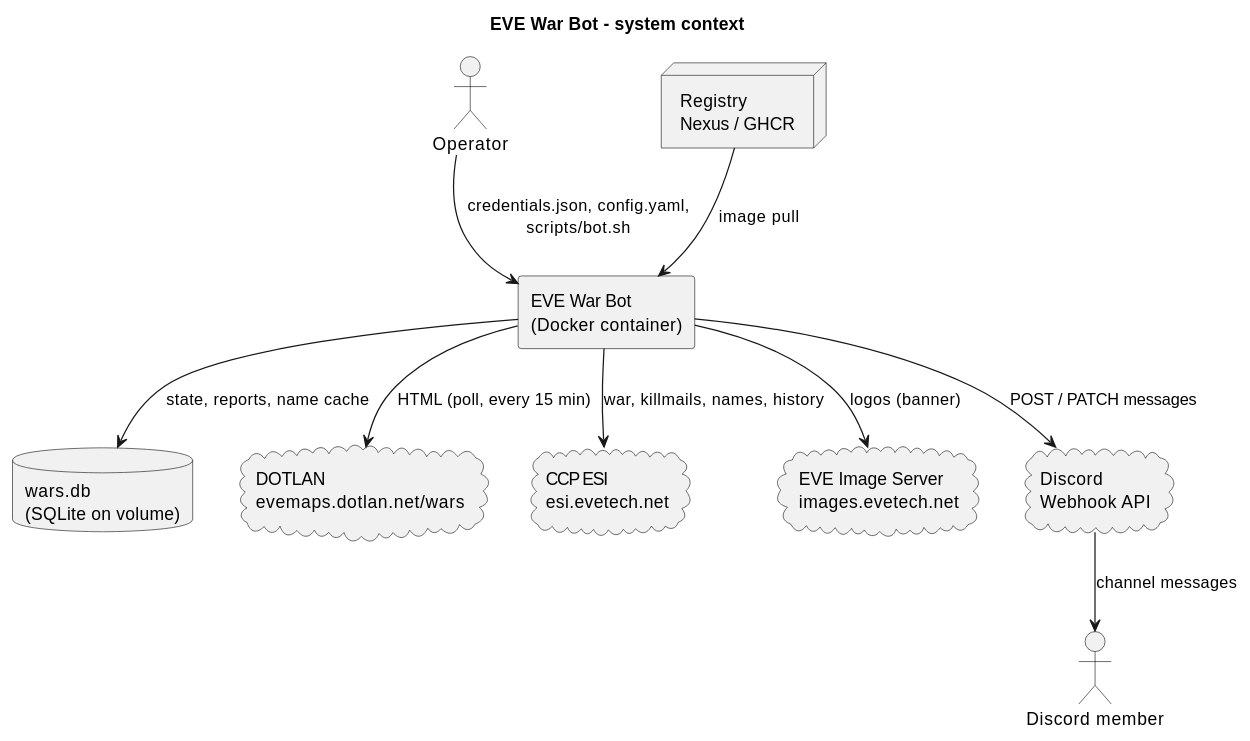
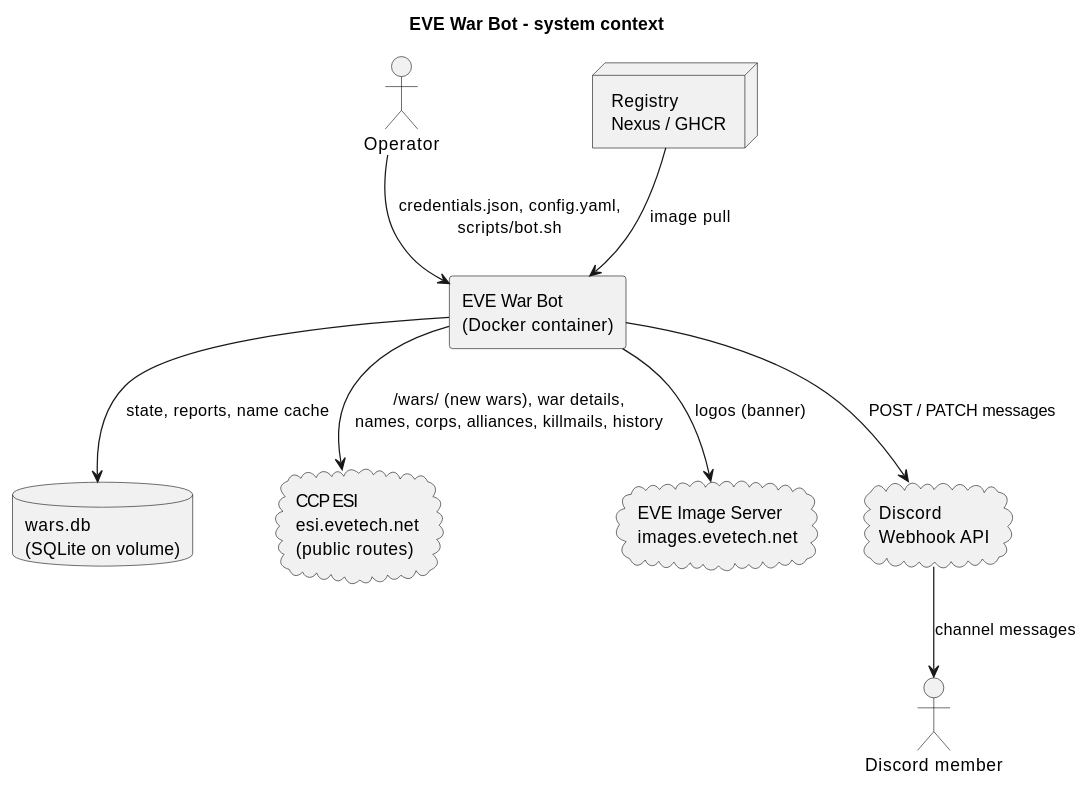
One commit to Headruner/eve-war-bot changed the first of 3 diagrams in docs/wiki/02-FRD.md. Above: the diagram before and after it, drawn with PlantUML. The commit also changed other lines of this file and 59 other files, not shown here.

Commit message:
2.0.0: wars from CCP ESI instead of DOTLAN

````diff
--- a/docs/wiki/02-FRD.md
+++ b/docs/wiki/02-FRD.md
@@ -21,24 +21,22 @@
 ```plantuml
 @startuml
 title EVE War Bot - system context
 skinparam componentStyle rectangle
 actor "Discord member" as M
 actor "Operator" as O
 rectangle "EVE War Bot\n(Docker container)" as BOT
 database "wars.db\n(SQLite on volume)" as DB
-cloud "DOTLAN\nevemaps.dotlan.net/wars" as DOT
-cloud "CCP ESI\nesi.evetech.net" as ESI
+cloud "CCP ESI\nesi.evetech.net\n(public routes)" as ESI
 cloud "EVE Image Server\nimages.evetech.net" as IMG
 cloud "Discord\nWebhook API" as DIS
 node "Registry\nNexus / GHCR" as REG
 
-BOT --> DOT : HTML (poll, every 15 min)
-BOT --> ESI : war, killmails, names, history
+BOT --> ESI : /wars/ (new wars), war details,\nnames, corps, alliances, killmails, history
 BOT --> IMG : logos (banner)
 BOT --> DIS : POST / PATCH messages
 BOT --> DB : state, reports, name cache
 DIS --> M : channel messages
 O --> BOT : credentials.json, config.yaml,\nscripts/bot.sh
 REG --> BOT : image pull
 @enduml
 ```
````
